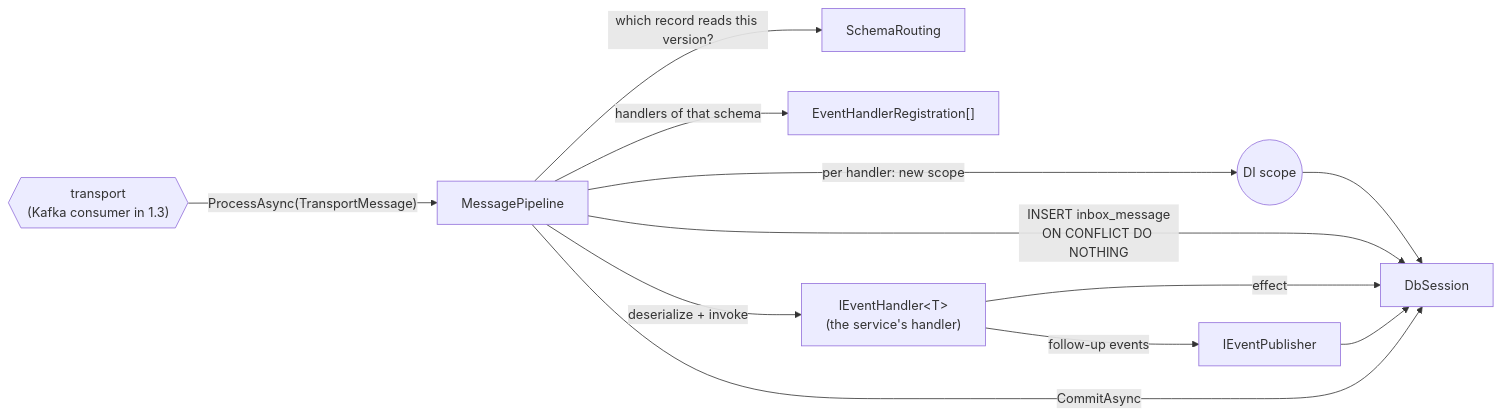
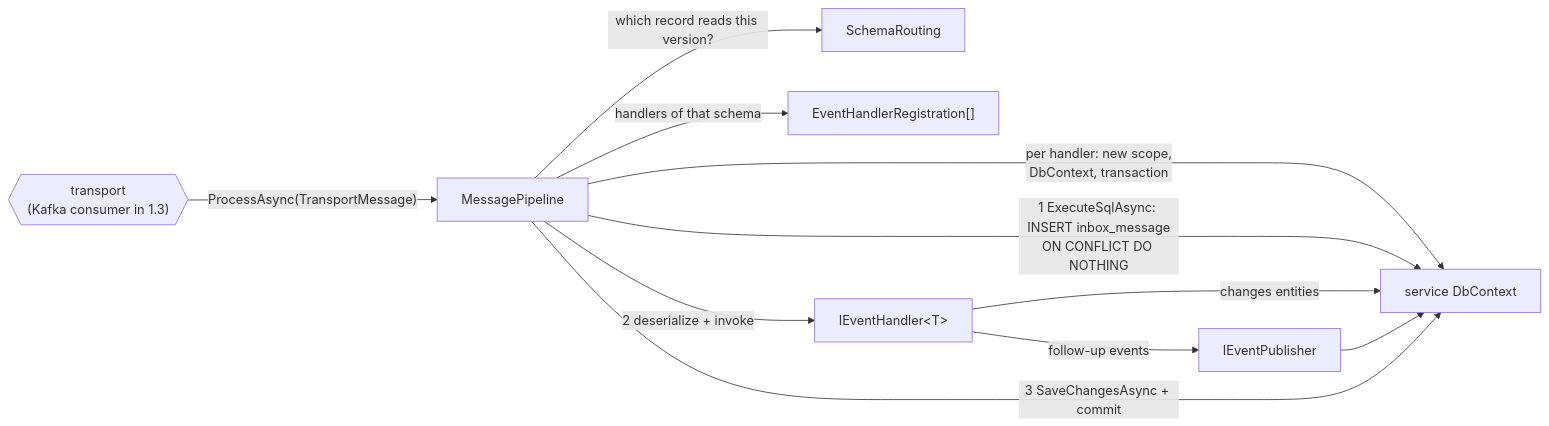
One commit to majid-sharif-soleimani/banking_demo changed the fifth of 6 diagrams in docs/learning/stage-1/slice-1.2.md. Above: the diagram before and after it, drawn with Mermaid. The commit also changed other lines of this file and 62 other files, not shown here.

````diff
--- a/docs/learning/stage-1/slice-1.2.md
+++ b/docs/learning/stage-1/slice-1.2.md
@@ -279,13 +265,12 @@
 ```mermaid
 flowchart LR
     TR{{"transport<br/>(Kafka consumer in 1.3)"}} -->|"ProcessAsync(TransportMessage)"| MP["MessagePipeline"]
     MP -->|"which record reads this version?"| SR["SchemaRouting"]
     MP -->|"handlers of that schema"| REG["EventHandlerRegistration[]"]
-    MP -->|"per handler: new scope"| SC(("DI scope"))
-    SC --> DS["DbSession"]
-    MP -->|"INSERT inbox_message<br/>ON CONFLICT DO NOTHING"| DS
-    MP -->|"deserialize + invoke"| H["IEventHandler&lt;T&gt;<br/>(the service's handler)"]
-    H -->|"effect"| DS
-    H -->|"follow-up events"| P["IEventPublisher"] --> DS
-    MP -->|"CommitAsync"| DS
+    MP -->|"per handler: new scope,<br/>DbContext, transaction"| CTX["service DbContext"]
+    MP -->|"1 ExecuteSqlAsync: INSERT inbox_message<br/>ON CONFLICT DO NOTHING"| CTX
+    MP -->|"2 deserialize + invoke"| H["IEventHandler&lt;T&gt;"]
+    H -->|"changes entities"| CTX
+    H -->|"follow-up events"| P["IEventPublisher"] --> CTX
+    MP -->|"3 SaveChangesAsync + commit"| CTX
 ```
````
